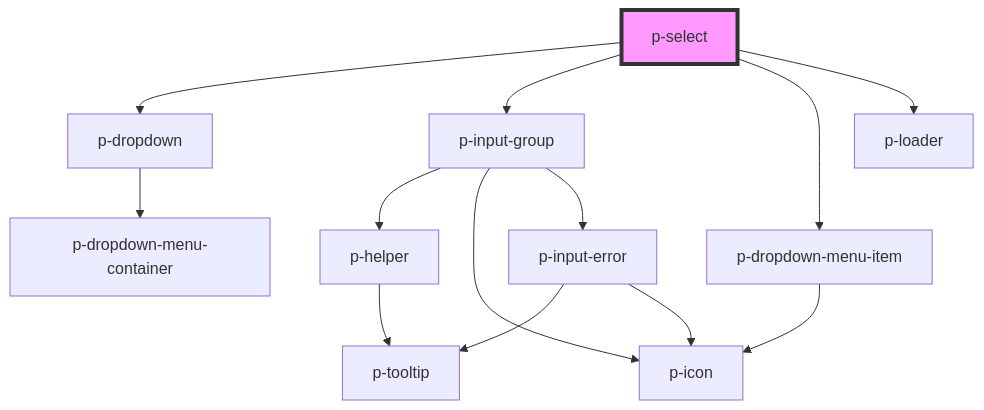
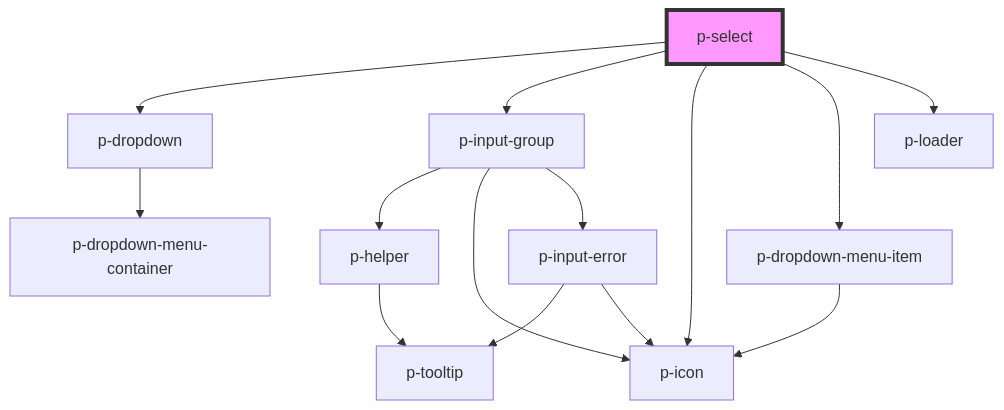
The diagram in packages/core/src/components/molecules/select/readme.md (Employes/paperless), drawn with Mermaid before and after one commit. The commit also changed other lines of this file and 8 other files, not shown here.

````diff
--- a/packages/core/src/components/molecules/select/readme.md
+++ b/packages/core/src/components/molecules/select/readme.md
@@ -57,16 +58,17 @@
 ```mermaid
 graph TD;
   p-select --> p-dropdown
   p-select --> p-input-group
+  p-select --> p-icon
   p-select --> p-dropdown-menu-item
   p-select --> p-loader
   p-dropdown --> p-dropdown-menu-container
   p-input-group --> p-helper
   p-input-group --> p-icon
   p-input-group --> p-input-error
   p-helper --> p-tooltip
   p-input-error --> p-tooltip
   p-input-error --> p-icon
   p-dropdown-menu-item --> p-icon
   style p-select fill:#f9f,stroke:#333,stroke-width:4px
 ```
````
